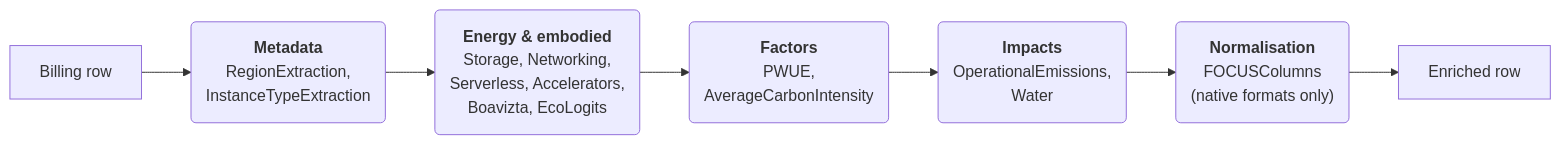
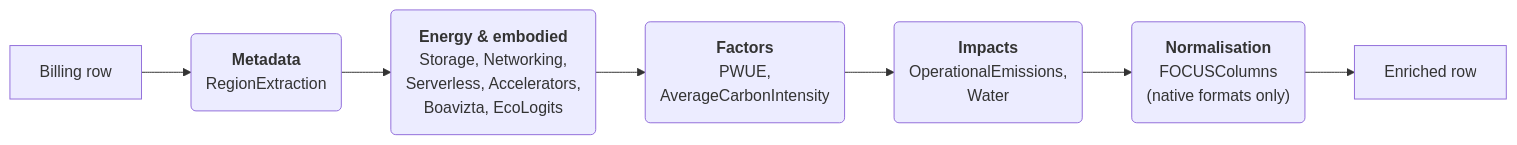
The diagram in docs/src/modules.md (DigitalPebble/spruce), drawn with Mermaid before and after one commit. The commit also changed other lines of this file and 12 other files, not shown here.

````diff
--- a/docs/src/modules.md
+++ b/docs/src/modules.md
@@ -28,9 +28,9 @@
 ```mermaid
 flowchart LR
-    A[Billing row] --> B("<b>Metadata</b><br>RegionExtraction,<br>InstanceTypeExtraction")
+    A[Billing row] --> B("<b>Metadata</b><br>RegionExtraction")
     B --> C("<b>Energy &amp; embodied</b><br>Storage, Networking,<br>Serverless, Accelerators,<br>Boavizta, EcoLogits")
     C --> D("<b>Factors</b><br>PWUE,<br>AverageCarbonIntensity")
     D --> E("<b>Impacts</b><br>OperationalEmissions,<br>Water")
     E --> F("<b>Normalisation</b><br>FOCUSColumns<br>(native formats only)")
     F --> G[Enriched row]
 ```
````
